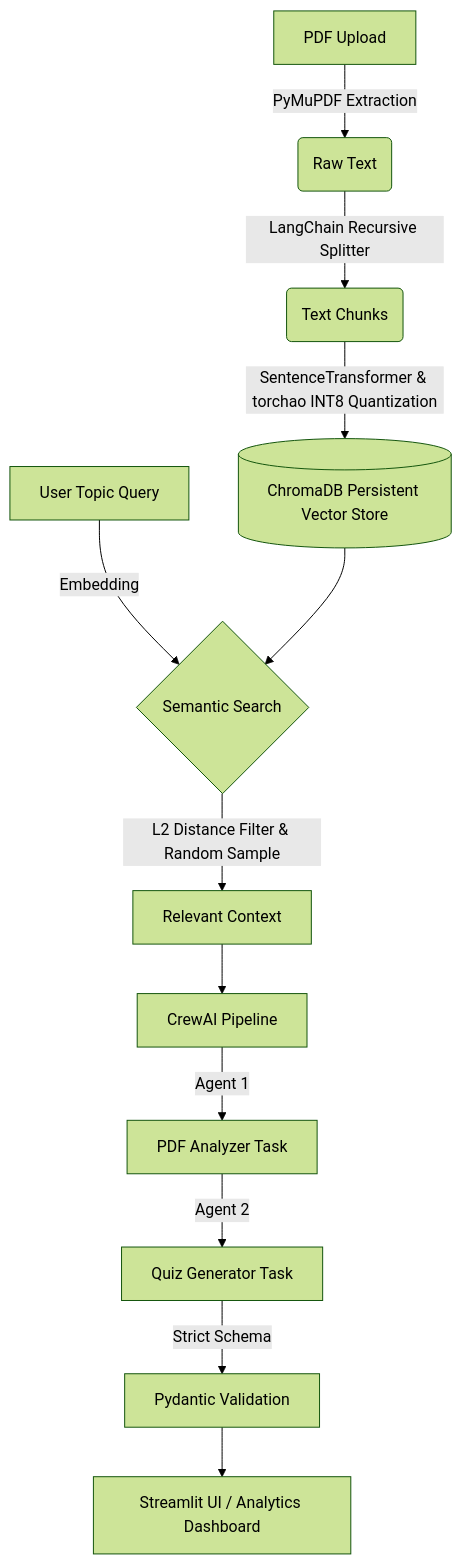
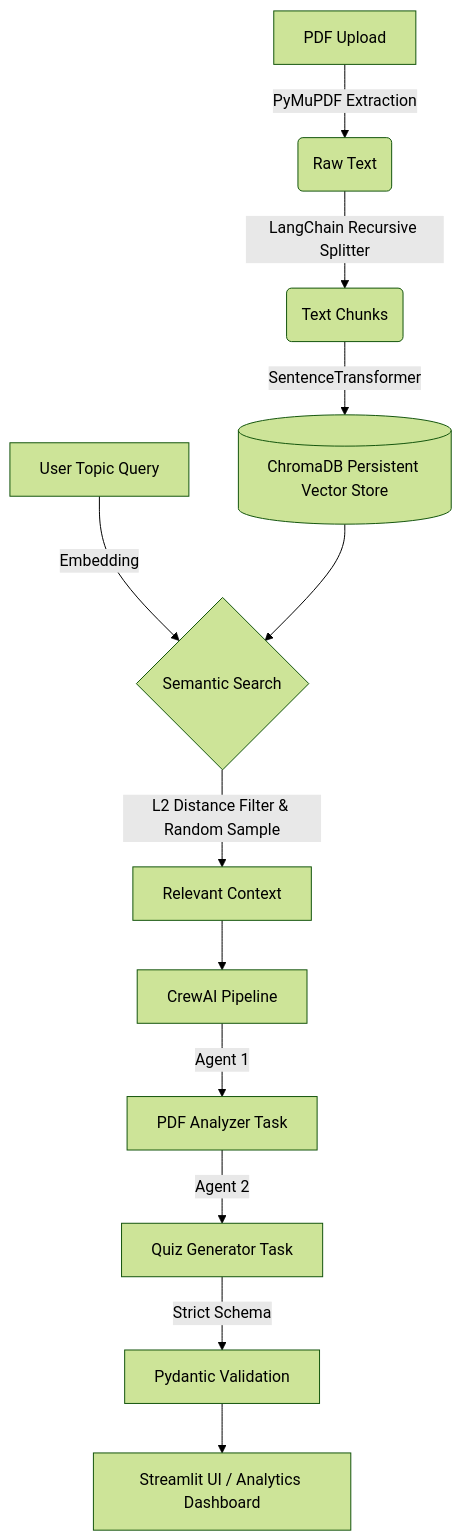
The diagram in README.md (Rahul626-stack/SynapseAI), drawn with Mermaid (forest theme) before and after one commit.

````diff
--- a/README.md
+++ b/README.md
@@ -25,17 +25,17 @@
 ```mermaid
 graph TD
     A[PDF Upload] -->|PyMuPDF Extraction| B(Raw Text)
     B -->|LangChain Recursive Splitter| C(Text Chunks)
-    C -->|SentenceTransformer & torchao INT8 Quantization| D[(ChromaDB Persistent Vector Store)]
+    C -->|SentenceTransformer| D[(ChromaDB Persistent Vector Store)]
     
     E[User Topic Query] -->|Embedding| F{Semantic Search}
     D --> F
     F -->|L2 Distance Filter & Random Sample| G[Relevant Context]
     
     G --> H[CrewAI Pipeline]
     H -->|Agent 1| I[PDF Analyzer Task]
     I -->|Agent 2| J[Quiz Generator Task]
     
     J -->|Strict Schema| K[Pydantic Validation]
     K --> L[Streamlit UI / Analytics Dashboard]
 ```
````
